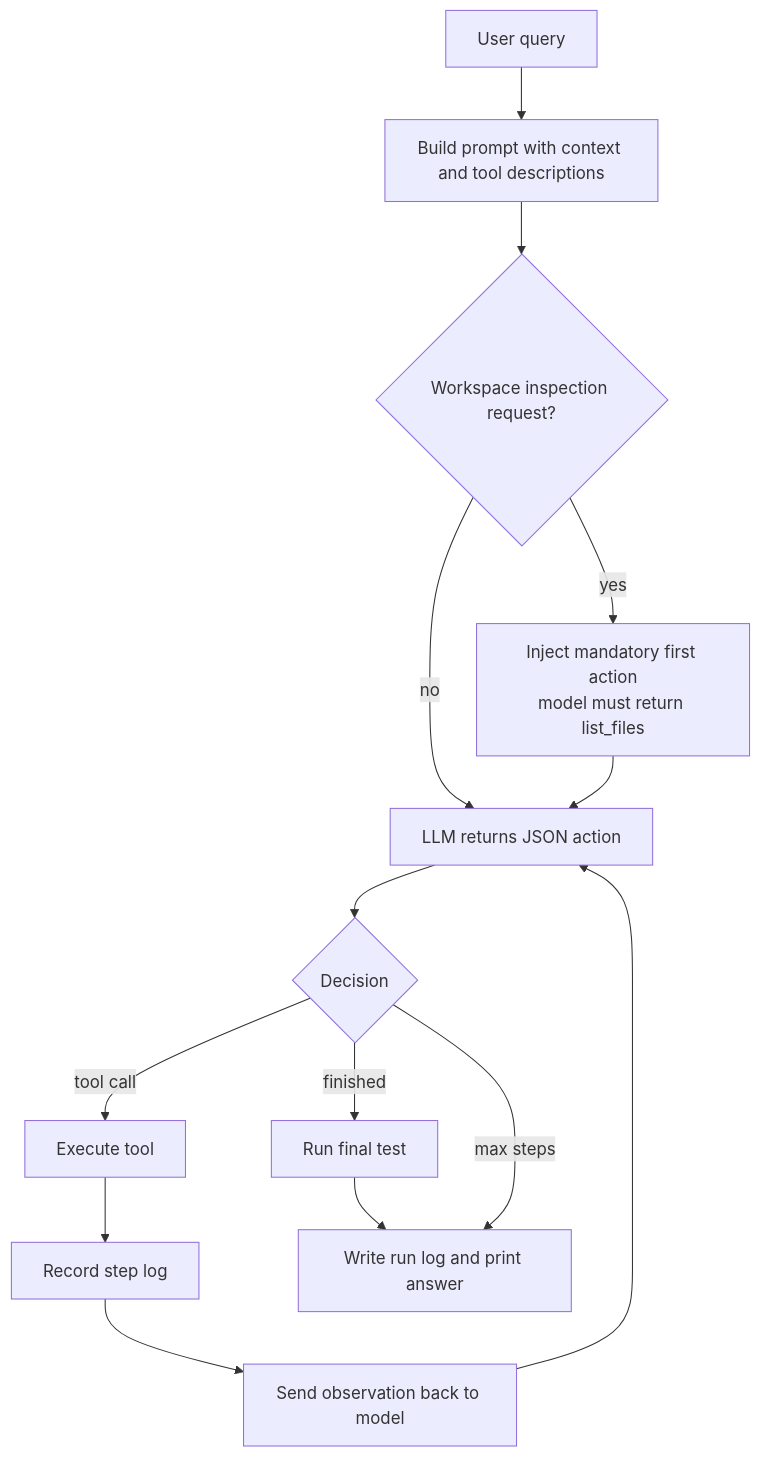
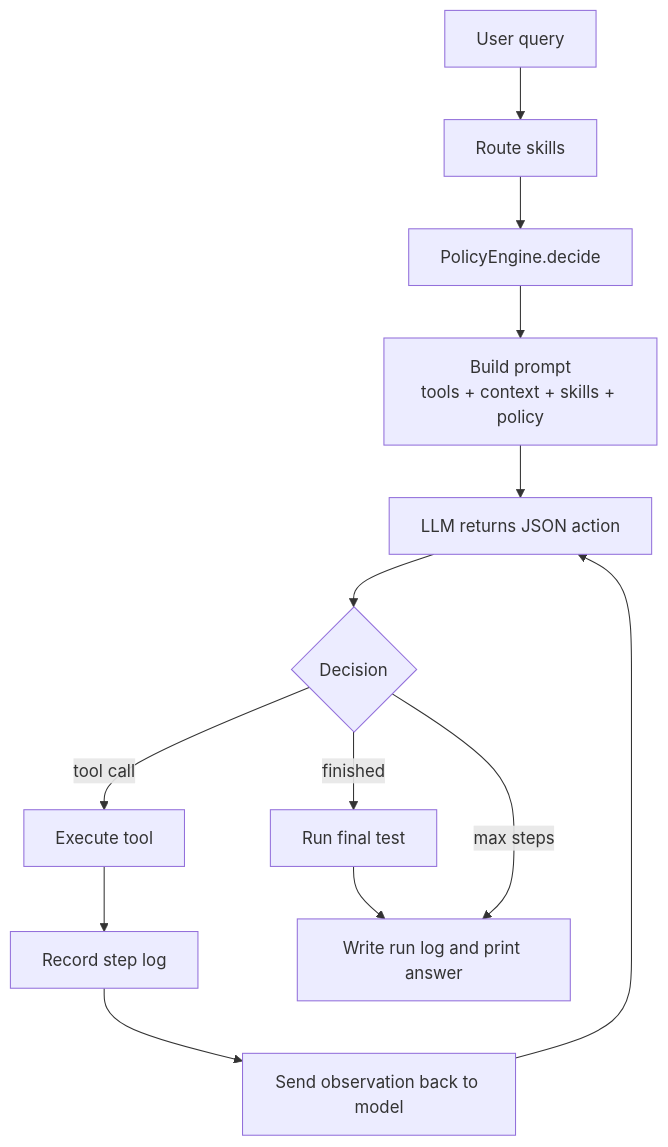
The first of 11 diagrams in README.md (Cachuela11/MiniCode), drawn with Mermaid before and after one commit. The commit also changed other lines of this file and 8 other files, not shown here.

````diff
--- a/README.md
+++ b/README.md
@@ -76,16 +77,15 @@
 ```mermaid
 flowchart TD
-    A[User query] --> B[Build prompt with context and tool descriptions]
-    B --> P{Workspace inspection request?}
-    P -->|yes| Q[Inject mandatory first action<br/>model must return list_files]
-    P -->|no| C[LLM returns JSON action]
-    Q --> C
+    A[User query] --> R[Route skills]
+    R --> P[PolicyEngine.decide]
+    P --> B[Build prompt<br/>tools + context + skills + policy]
+    B --> C[LLM returns JSON action]
     C --> D{Decision}
     D -->|tool call| E[Execute tool]
     E --> F[Record step log]
     F --> G[Send observation back to model]
     G --> C
     D -->|finished| H[Run final test]
     H --> I[Write run log and print answer]
     D -->|max steps| I
 ```
````
